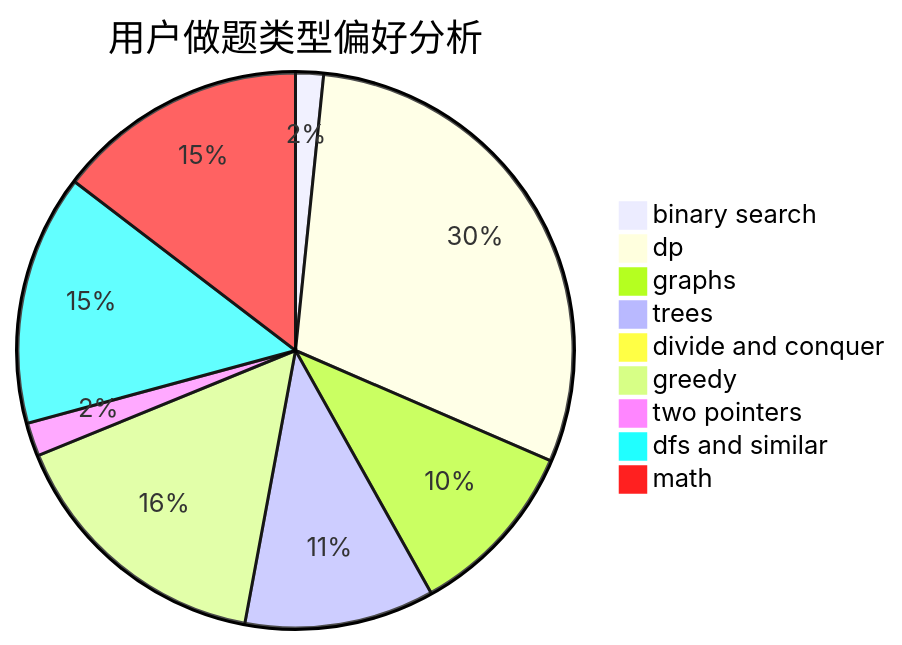
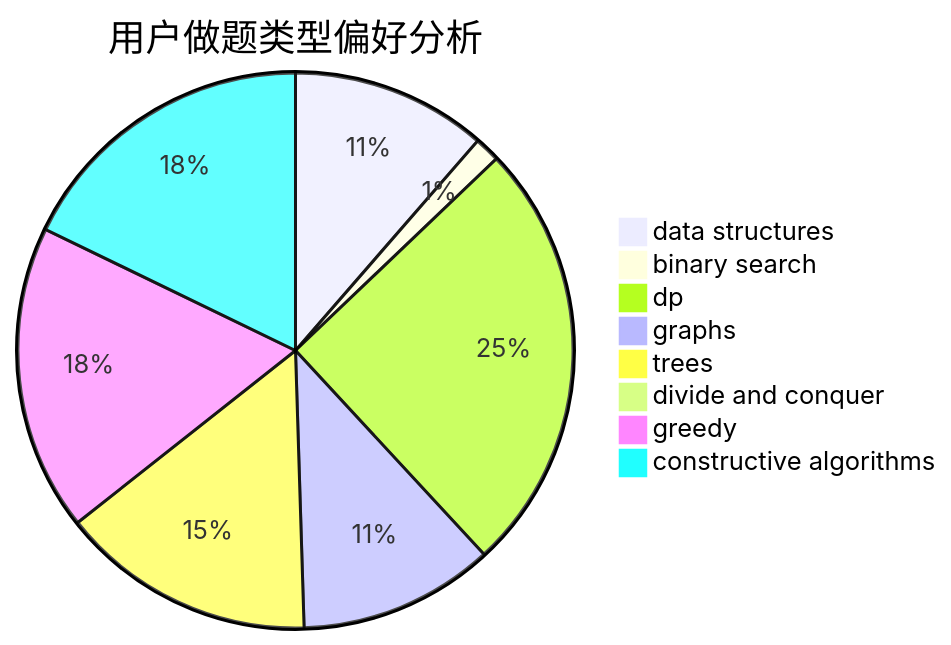
The second of 3 diagrams in docs/user/u1043.md (sherpahu/cfrs.github.io), drawn with Mermaid before and after one commit. The commit also changed other lines of this file and 2775 other files, not shown here.

````diff
--- a/docs/user/u1043.md
+++ b/docs/user/u1043.md
@@ -23,12 +23,11 @@
 ```mermaid
 pie title 用户做题类型偏好分析
-    "binary search" :  5
-    "dp" :  92
-    "graphs" :  32
-    "trees" :  34
+    "data structures" :  23
+    "binary search" :  3
+    "dp" :  51
+    "graphs" :  23
+    "trees" :  30
     "divide and conquer" :  0
-    "greedy" :  49
-    "two pointers" :  6
-    "dfs and similar" :  45
-    "math" :  45
+    "greedy" :  36
+    "constructive algorithms" :  36
 ```
````
